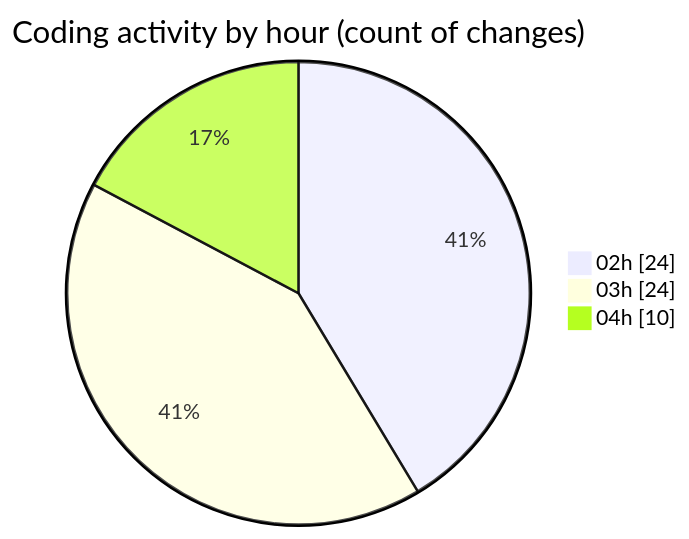
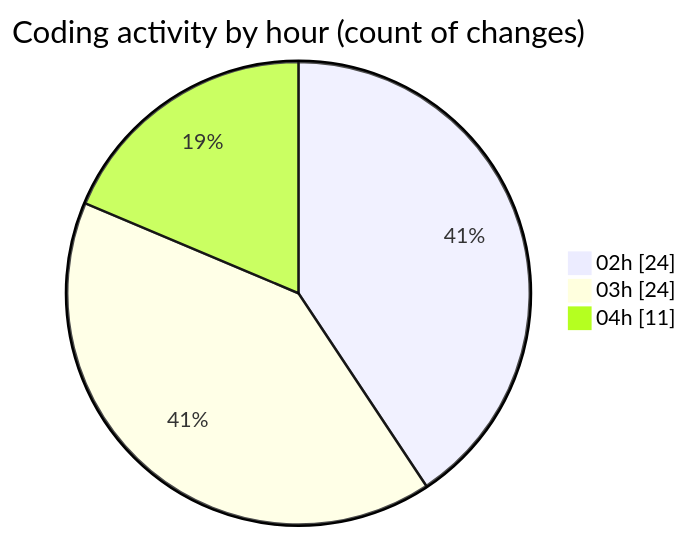
The second of 2 diagrams in 2025-07-23/quanlyrapchieuphim/README.md (lephambinh05/code-tracking), drawn with Mermaid before and after one commit. The commit also changed other lines of this file and 1 other file, not shown here.

````diff
--- a/2025-07-23/quanlyrapchieuphim/README.md
+++ b/2025-07-23/quanlyrapchieuphim/README.md
@@ -38,7 +38,7 @@
 ```mermaid
 pie showData
 title Coding activity by hour (count of changes)
 "02h" : 24
 "03h" : 24
-"04h" : 10
+"04h" : 11
 ```
````
